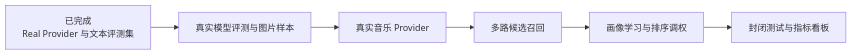
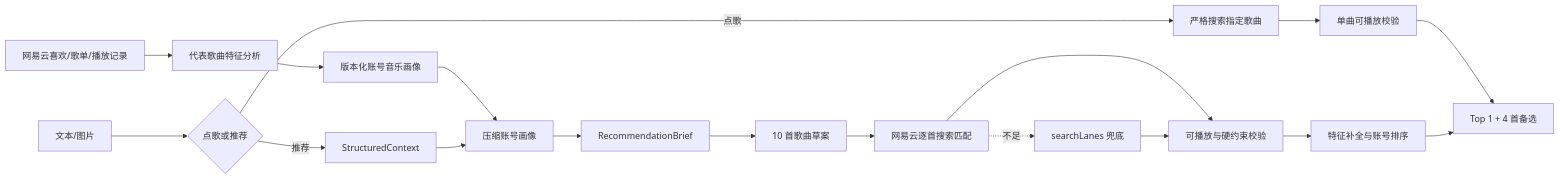
Before and after one commit to shirley-Rir/shiyinji: the diagram in docs/architecture/05-current-progress.md, drawn with Mermaid. The commit also changed other lines of this file and 53 other files, not shown here.

````diff
--- a/docs/architecture/05-current-progress.md
+++ b/docs/architecture/05-current-progress.md
@@ -52,8 +46,20 @@
 ```mermaid
 flowchart LR
-    A[已完成<br/>Real Provider 与文本评测集] --> B[真实模型评测与图片样本]
-    B --> C[真实音乐 Provider]
-    C --> D[多路候选召回]
-    D --> E[画像学习与排序调权]
-    E --> F[封闭测试与指标看板]
+    L[网易云喜欢/歌单/播放记录] --> M[代表歌曲特征分析]
+    M --> N[版本化账号音乐画像]
+    A[文本/图片] --> R{点歌或推荐}
+    R -->|点歌| P[严格搜索指定歌曲]
+    P --> Q[单曲可播放校验]
+    Q --> I
+    R -->|推荐| B[StructuredContext]
+    N --> C[压缩账号画像]
+    B --> C
+    C --> D[RecommendationBrief]
+    D --> E[10 首歌曲草案]
+    E --> F[网易云逐首搜索匹配]
+    F --> G[可播放与硬约束校验]
+    G --> H[特征补全与账号排序]
+    H --> I[Top 1 + 4 首备选]
+    F -.不足.-> J[searchLanes 兜底]
+    J --> G
 ```
````
